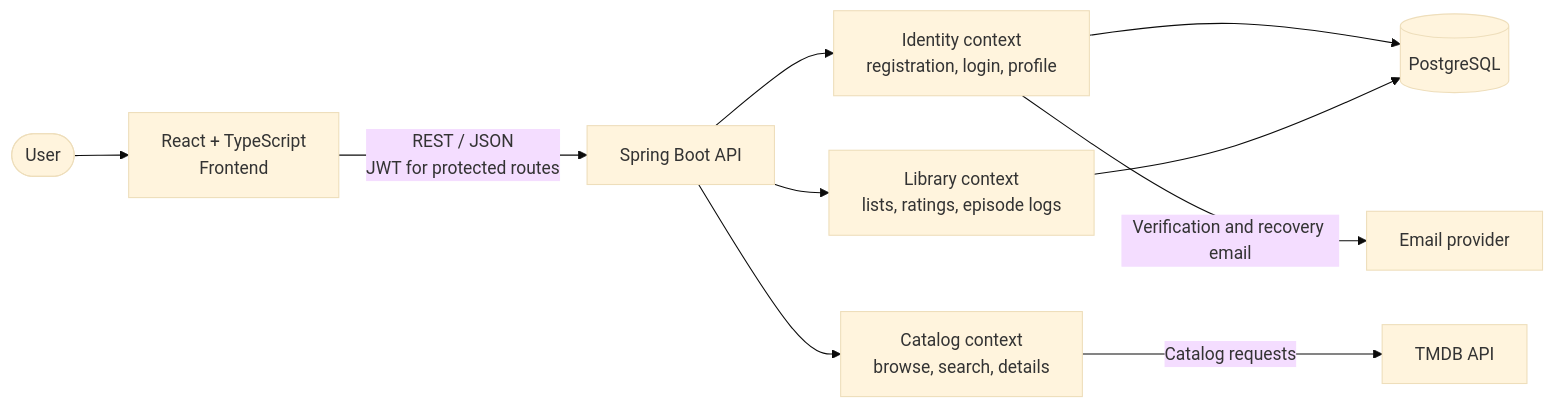
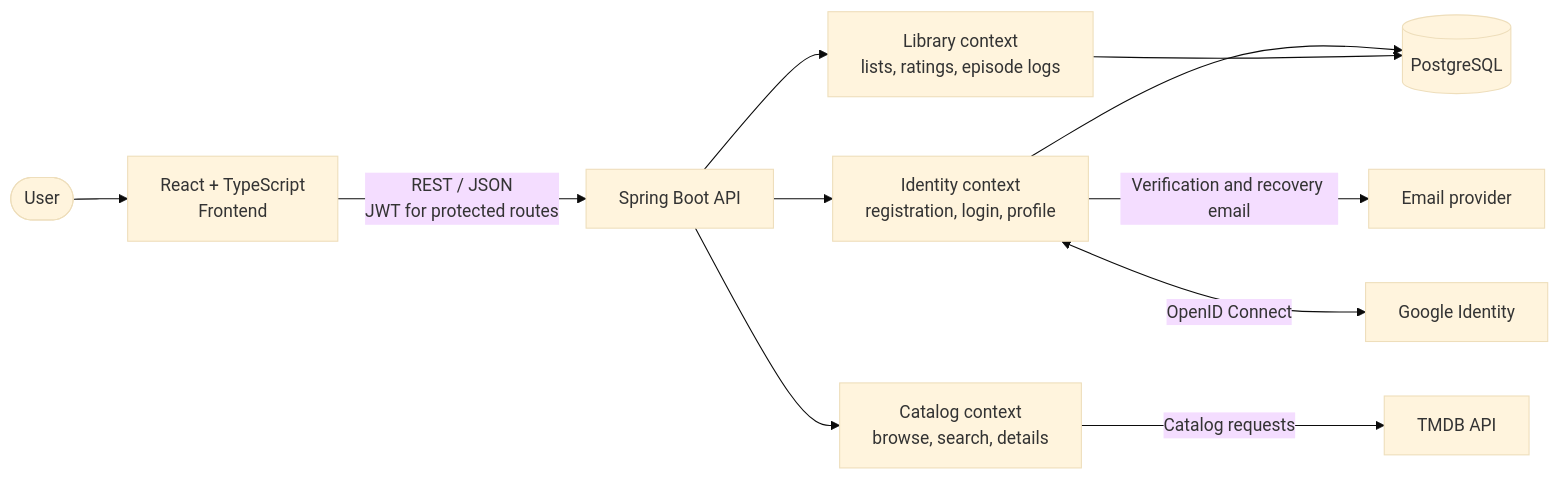
One commit to pedrocorsini/corsabox changed the diagram in README.md. Above: the diagram before and after it, drawn with Mermaid (base theme). The commit also changed other lines of this file and 33 other files, not shown here.

````diff
--- a/README.md
+++ b/README.md
@@ -48,12 +49,13 @@
 ```mermaid
 flowchart LR
     U([User]) --> B[React + TypeScript<br/>Frontend]
     B -->|REST / JSON<br/>JWT for protected routes| API[Spring Boot API]
     API --> ID[Identity context<br/>registration, login, profile]
     API --> CAT[Catalog context<br/>browse, search, details]
     API --> LIB[Library context<br/>lists, ratings, episode logs]
     ID --> DB[(PostgreSQL)]
     LIB --> DB
     CAT -->|Catalog requests| TMDB[TMDB API]
     ID -->|Verification and recovery email| MAIL[Email provider]
+    ID <-->|OpenID Connect| GOOGLE[Google Identity]
 ```
````
